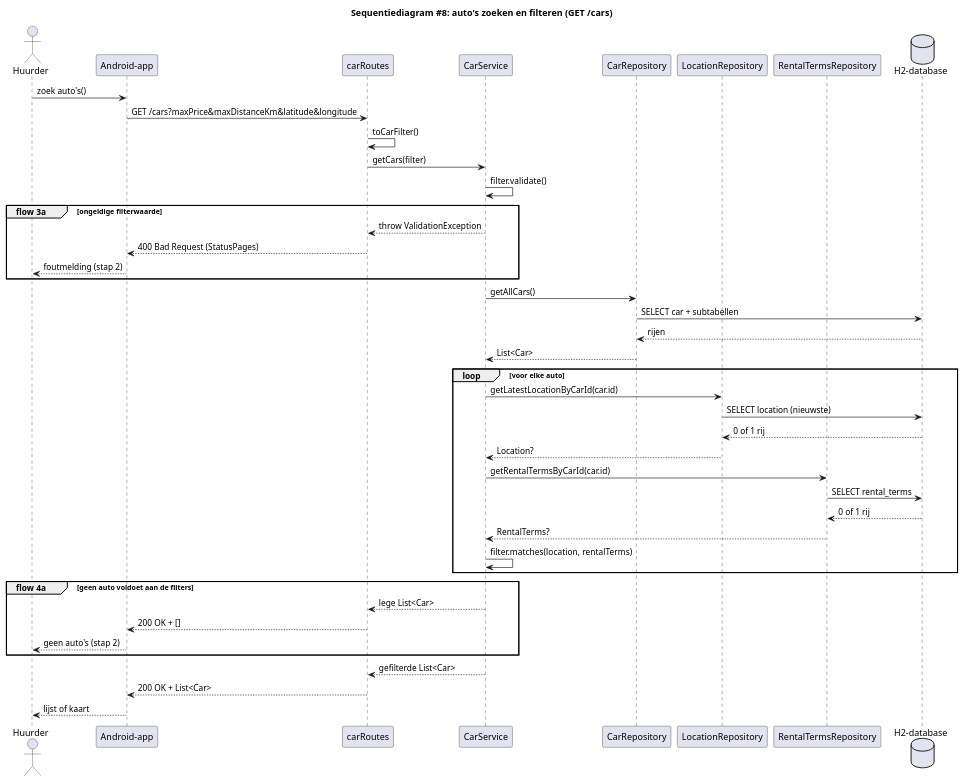
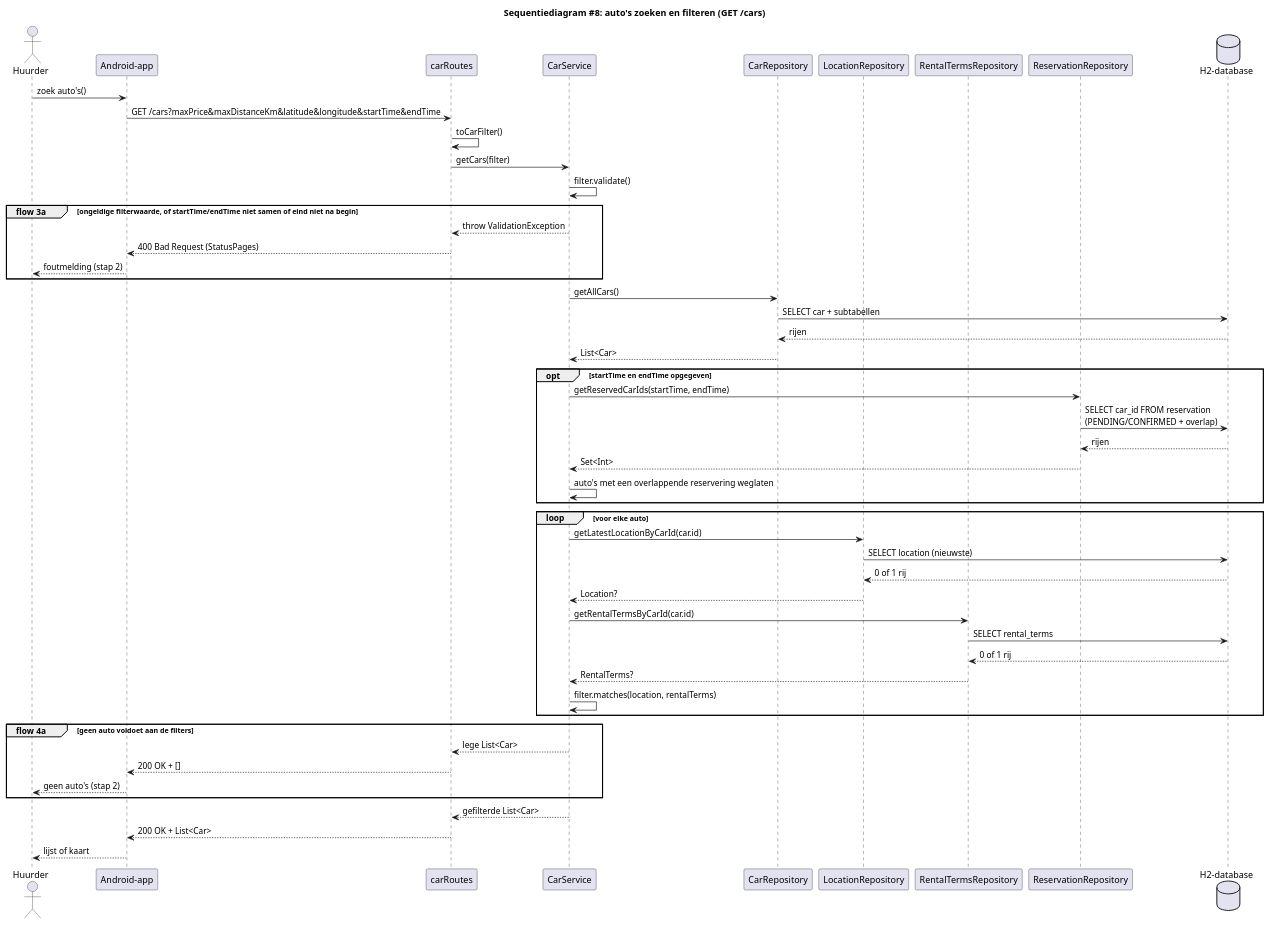
One commit to MarkPrins18/hbo-leerjaar2 changed the diagram in diagrams/sequence/SearchCars.puml. Above: the diagram before and after it, drawn with PlantUML. The commit also changed 14 other files, not shown here.

First line of the commit message:
feat: beschikbaarheidsfilter startTime/endTime op GET /cars

```diff
--- a/diagrams/sequence/SearchCars.puml
+++ b/diagrams/sequence/SearchCars.puml
@@ -1,52 +1,61 @@
 @startuml SearchCars
 title Sequentiediagram #8: auto's zoeken en filteren (GET /cars)
 
 actor Huurder as g
 participant "Android-app" as app
 participant "carRoutes" as rt
 participant "CarService" as svc
 participant "CarRepository" as car
 participant "LocationRepository" as loc
 participant "RentalTermsRepository" as terms
+participant "ReservationRepository" as res
 database "H2-database" as db
 
 g -> app : zoek auto's()
-app -> rt : GET /cars?maxPrice&maxDistanceKm&latitude&longitude
+app -> rt : GET /cars?maxPrice&maxDistanceKm&latitude&longitude&startTime&endTime
 rt -> rt : toCarFilter()
 rt -> svc : getCars(filter)
 svc -> svc : filter.validate()
 
-group flow 3a [ongeldige filterwaarde]
+group flow 3a [ongeldige filterwaarde, of startTime/endTime niet samen of eind niet na begin]
     svc --> rt : throw ValidationException
     rt --> app : 400 Bad Request (StatusPages)
     app --> g : foutmelding (stap 2)
 end
 
 svc -> car : getAllCars()
 car -> db : SELECT car + subtabellen
 db --> car : rijen
 car --> svc : List<Car>
+
+opt startTime en endTime opgegeven
+    svc -> res : getReservedCarIds(startTime, endTime)
+    res -> db : SELECT car_id FROM reservation\n(PENDING/CONFIRMED + overlap)
+    db --> res : rijen
+    res --> svc : Set<Int>
+    svc -> svc : auto's met een overlappende reservering weglaten
+end
 
 loop voor elke auto
     svc -> loc : getLatestLocationByCarId(car.id)
     loc -> db : SELECT location (nieuwste)
     db --> loc : 0 of 1 rij
     loc --> svc : Location?
     svc -> terms : getRentalTermsByCarId(car.id)
     terms -> db : SELECT rental_terms
     db --> terms : 0 of 1 rij
     terms --> svc : RentalTerms?
     svc -> svc : filter.matches(location, rentalTerms)
 end
 
 group flow 4a [geen auto voldoet aan de filters]
     svc --> rt : lege List<Car>
     rt --> app : 200 OK + []
     app --> g : geen auto's (stap 2)
 end
 
 svc --> rt : gefilterde List<Car>
 rt --> app : 200 OK + List<Car>
 app --> g : lijst of kaart
 
 @enduml
```
